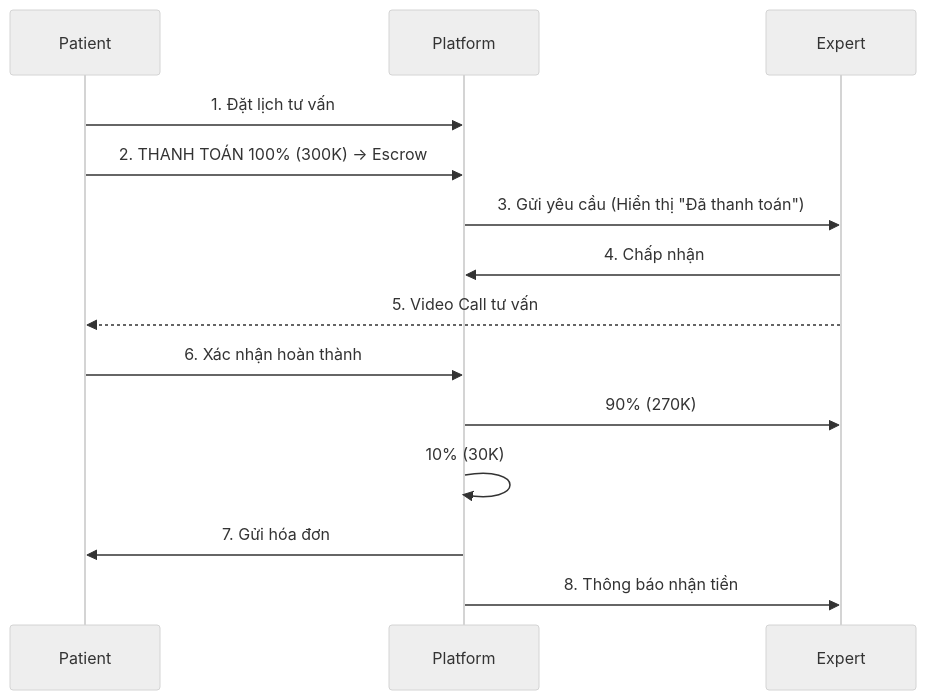
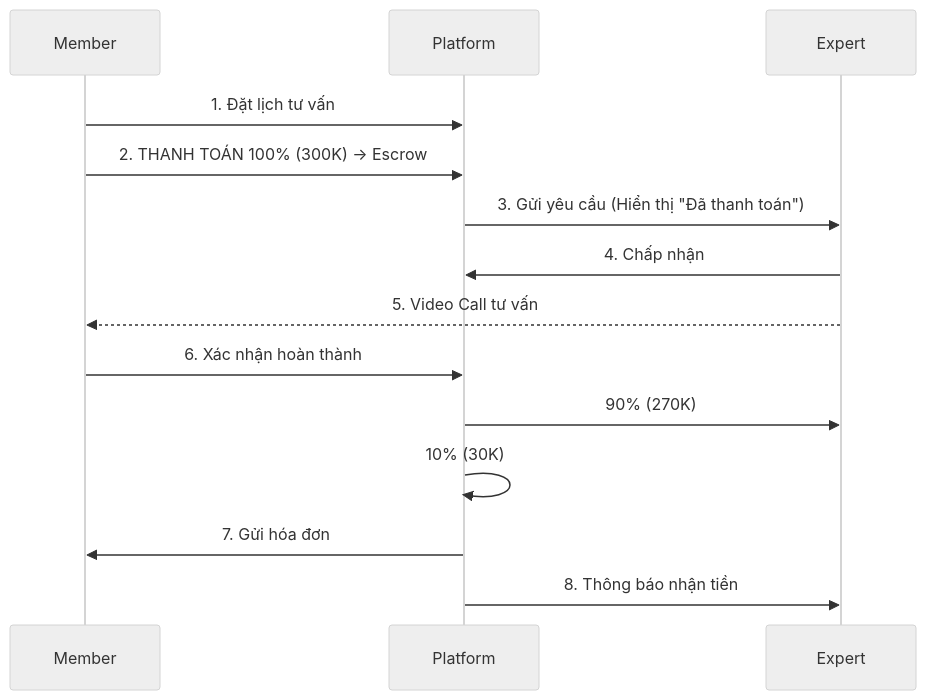
Before and after one commit to Snake-AID/SnakeAid.Docs: the second of 4 diagrams in Docs/01-Functional-Specs/02-Financial-Model/02-Payment-Processes.md, drawn with Mermaid (neutral theme). The commit also changed other lines of this file and 5 other files, not shown here.

Commit message:
docs: Update financial model documentation to replace 'Patient' with 'Member' for consistency across payment processes and user roles

````diff
--- a/Docs/01-Functional-Specs/02-Financial-Model/02-Payment-Processes.md
+++ b/Docs/01-Functional-Specs/02-Financial-Model/02-Payment-Processes.md
@@ -97,19 +97,19 @@
 ```mermaid
 sequenceDiagram
-    participant Patient
+    participant Member
     participant Platform
     participant Expert
 
-    Patient->>Platform: 1. Đặt lịch tư vấn
-    Patient->>Platform: 2. THANH TOÁN 100% (300K) -> Escrow
+    Member->>Platform: 1. Đặt lịch tư vấn
+    Member->>Platform: 2. THANH TOÁN 100% (300K) -> Escrow
     Platform->>Expert: 3. Gửi yêu cầu (Hiển thị "Đã thanh toán")
     Expert->>Platform: 4. Chấp nhận
-    Expert-->>Patient: 5. Video Call tư vấn
-    Patient->>Platform: 6. Xác nhận hoàn thành
+    Expert-->>Member: 5. Video Call tư vấn
+    Member->>Platform: 6. Xác nhận hoàn thành
     
     Platform->>Expert: 90% (270K)
     Platform->>Platform: 10% (30K)
     
-    Platform->>Patient: 7. Gửi hóa đơn
+    Platform->>Member: 7. Gửi hóa đơn
     Platform->>Expert: 8. Thông báo nhận tiền
 ```
````
